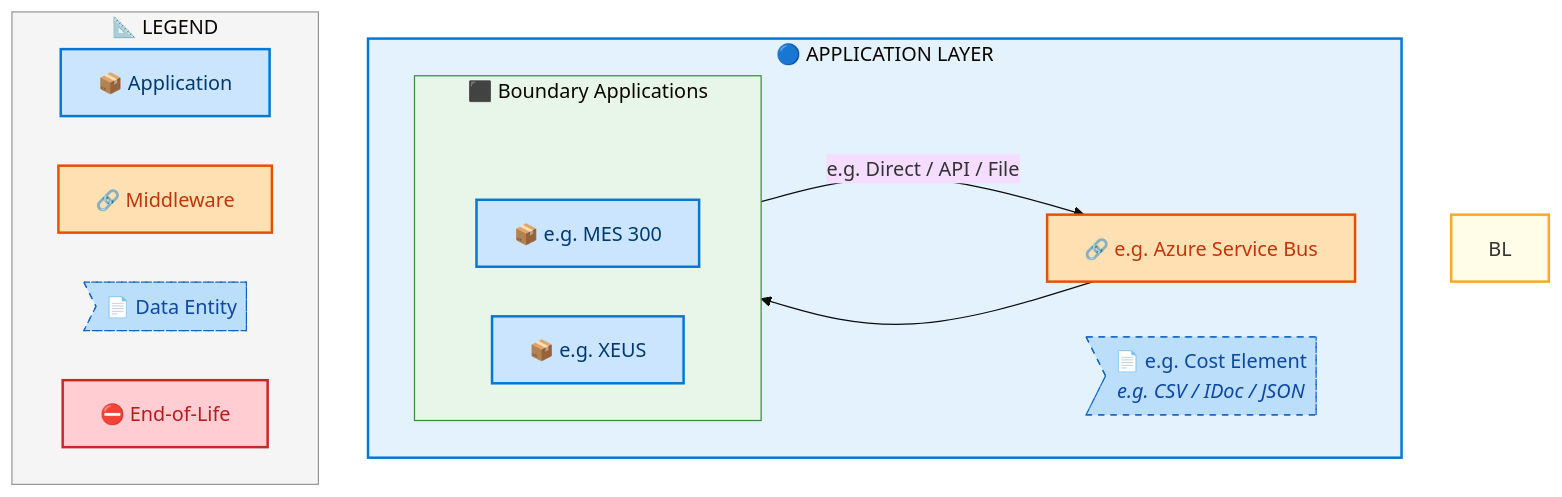
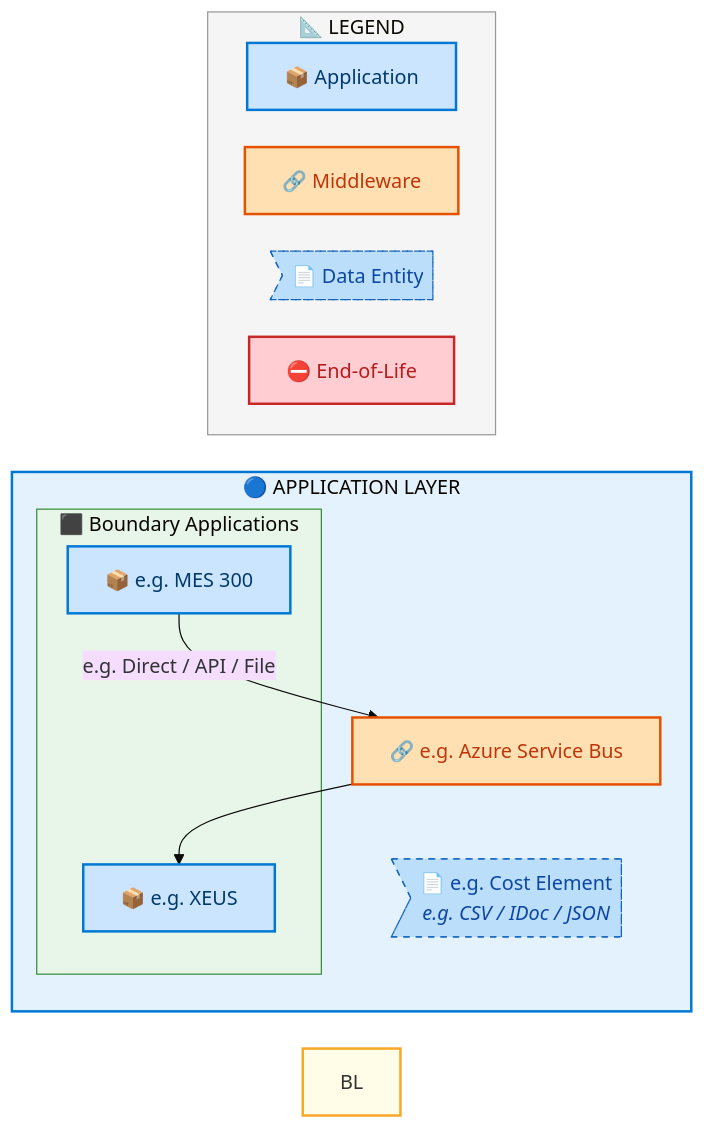
Before and after one commit to sajivfrancis777/IAO-Architecture: the fifth of 7 diagrams in towers/E2E/Procure to Pay/E2E-47/output/docs/systems-architecture/E2E-47-Architecture.md, drawn with Mermaid. The commit also changed other lines of this file and 252 other files, not shown here.

First line of the commit message:
fix: remove Mermaid ~~~ rank chain causing syntax error in v11.14.0

````diff
--- a/towers/E2E/Procure to Pay/E2E-47/output/docs/systems-architecture/E2E-47-Architecture.md
+++ b/towers/E2E/Procure to Pay/E2E-47/output/docs/systems-architecture/E2E-47-Architecture.md
@@ -463,44 +459,40 @@
 ```mermaid
-%%{init: {"theme": "base", "securityLevel": "loose", "themeVariables": {"fontSize": "16px", "fontFamily": "Segoe UI, Arial, sans-serif"}, "flowchart": {"useMaxWidth": false, "htmlLabels": true, "nodeSpacing": 40, "rankSpacing": 50}} }%%
-flowchart TB
+%%{init: {"theme": "base", "securityLevel": "loose", "themeVariables": {"fontSize": "16px", "fontFamily": "Segoe UI, Arial, sans-serif"}, "flowchart": {"useMaxWidth": false, "htmlLabels": true, "nodeSpacing": 30, "rankSpacing": 35}} }%%
+flowchart LR
     %% -- ArchiMate 3.2 + Azure style classes --
     classDef business      fill:#FFFFB3,stroke:#F9A825,stroke-width:2px,color:#000
     classDef app           fill:#CCE5FF,stroke:#0078D4,stroke-width:2px,color:#003A6C
     classDef data          fill:#BBDEFB,stroke:#1565C0,stroke-width:1px,color:#0D47A1,stroke-dasharray: 5 5
     classDef middleware    fill:#FFE0B2,stroke:#E65100,stroke-width:2px,color:#BF360C
     classDef eol           fill:#FFCDD2,stroke:#C62828,stroke-width:2px,color:#B71C1C
     classDef saas          fill:#E1BEE7,stroke:#7B1FA2,stroke-width:2px,color:#4A148C
     classDef cloud         fill:#BBDEFB,stroke:#1565C0,stroke-width:2px,color:#0D47A1
     classDef onprem        fill:#C8E6C9,stroke:#2E7D32,stroke-width:2px,color:#1B5E20
-    classDef rankAnchor    fill:none,stroke:none,color:transparent,font-size:1px
 
     subgraph AL["🔵 APPLICATION LAYER"]
-        direction LR
         subgraph E2E47FLN_Boundary_Applications[" ⬛ Boundary Applications"]
-            direction LR
-            E2E47F_ALRANK_0[ ]:::rankAnchor
             E2E47F_e_g_MES_300["📦 e.g. MES 300"]:::app
             E2E47F_e_g_XEUS["📦 e.g. XEUS"]:::app
         end
         E2E47FMW_e_g_Azure_Service_Bus["🔗 e.g. Azure Service Bus"]:::middleware
         E2E47FDE_e_g_Cost_Element>"📄 e.g. Cost Element<br/><i>e.g. CSV / IDoc / JSON</i>"]:::data
     end
 
     E2E47F_e_g_MES_300 -->|"e.g. Direct / API / File"| E2E47FMW_e_g_Azure_Service_Bus
     E2E47FMW_e_g_Azure_Service_Bus --> E2E47F_e_g_XEUS
 
 
     style BL fill:#FFFDE7,stroke:#F9A825,stroke-width:2px
     style AL fill:#E3F2FD,stroke:#0078D4,stroke-width:2px
 
     style E2E47FLN_Boundary_Applications fill:#E8F5E9,stroke:#388E3C,stroke-width:1px
 
     subgraph Legend["📐 LEGEND"]
         direction LR
         L_APP["📦 Application"]:::app
         L_MW["🔗 Middleware"]:::middleware
         L_DE>"📄 Data Entity"]:::data
         L_EOL["⛔ End-of-Life"]:::eol
     end
     style Legend fill:#F5F5F5,stroke:#999,stroke-width:1px
 ```
````
